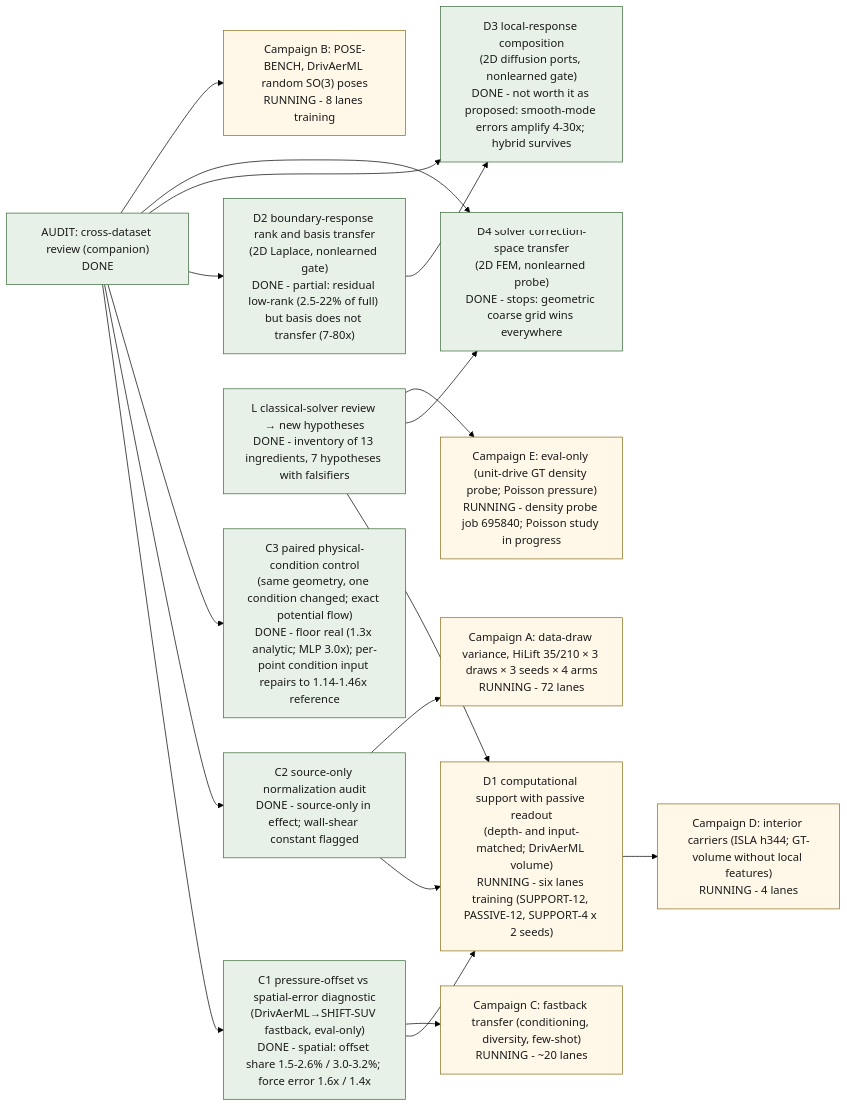
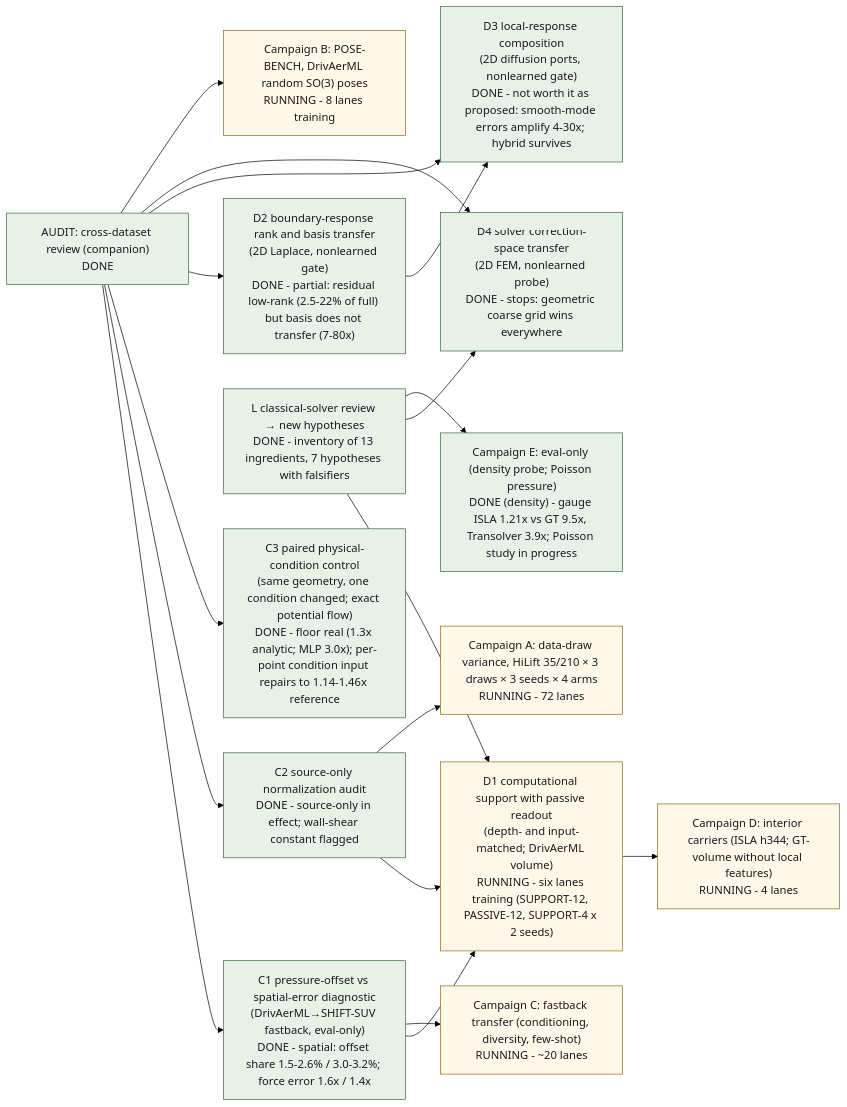
The diagram in examples/cfd/mesh_transformer/research/transfer_program/index.qmd (peterdsharpe/modulus), drawn with Mermaid (forest theme) before and after one commit. The commit also changed other lines of this file and 3 other files, not shown here.

Commit message:
Transfer program: chapter 7 (campaign results) with the density-robustness verdict; CAMP-E ledger DONE (density); ops entry on the timeout-does-not-kill finding and the idle-link watchdog

````diff
--- a/examples/cfd/mesh_transformer/research/transfer_program/index.qmd
+++ b/examples/cfd/mesh_transformer/research/transfer_program/index.qmd
@@ -36,37 +36,37 @@
 ```{mermaid}
 flowchart LR
   classDef done fill:#e8f1e8,stroke:#3a6b3a,color:#1a1a1a
   classDef running fill:#fff8e8,stroke:#8a6d1a,color:#1a1a1a
   classDef ready fill:#eef3fb,stroke:#2a5ba8,color:#1a1a1a
   classDef planned fill:#f2f1ec,stroke:#898781,color:#1a1a1a,stroke-dasharray:4 3
   AUDIT["AUDIT: cross-dataset review (companion)<br/>DONE"]:::done
   POFF["C1 pressure-offset vs spatial-error diagnostic<br/>(DrivAerML→SHIFT-SUV fastback, eval-only)<br/>DONE - spatial: offset share 1.5-2.6% / 3.0-3.2%; force error 1.6x / 1.4x"]:::done
   SNORM["C2 source-only normalization audit<br/>DONE - source-only in effect; wall-shear constant flagged"]:::done
   PAIR["C3 paired physical-condition control<br/>(same geometry, one condition changed; exact potential flow)<br/>DONE - floor real (1.3x analytic; MLP 3.0x); per-point condition input repairs to 1.14-1.46x reference"]:::done
   SUPP["D1 computational support with passive readout<br/>(depth- and input-matched; DrivAerML volume)<br/>RUNNING - six lanes training (SUPPORT-12, PASSIVE-12, SUPPORT-4 x 2 seeds)"]:::running
   RESP["D2 boundary-response rank and basis transfer<br/>(2D Laplace, nonlearned gate)<br/>DONE - partial: residual low-rank (2.5-22% of full) but basis does not transfer (7-80x)"]:::done
   COMP["D3 local-response composition<br/>(2D diffusion ports, nonlearned gate)<br/>DONE - not worth it as proposed: smooth-mode errors amplify 4-30x; hybrid survives"]:::done
   SOLV["D4 solver correction-space transfer<br/>(2D FEM, nonlearned probe)<br/>DONE - stops: geometric coarse grid wins everywhere"]:::done
   CLASS["L classical-solver review → new hypotheses<br/>DONE - inventory of 13 ingredients, 7 hypotheses with falsifiers"]:::done
   CAMPA["Campaign A: data-draw variance, HiLift 35/210 × 3 draws × 3 seeds × 4 arms<br/>RUNNING - 72 lanes"]:::running
   CAMPB["Campaign B: POSE-BENCH, DrivAerML random SO(3) poses<br/>RUNNING - 8 lanes training"]:::running
   CAMPC["Campaign C: fastback transfer (conditioning, diversity, few-shot)<br/>RUNNING - ~20 lanes"]:::running
   CAMPD["Campaign D: interior carriers (ISLA h344; GT-volume without local features)<br/>RUNNING - 4 lanes"]:::running
-  CAMPE["Campaign E: eval-only (unit-drive GT density probe; Poisson pressure)<br/>RUNNING - density probe job 695840; Poisson study in progress"]:::running
+  CAMPE["Campaign E: eval-only (density probe; Poisson pressure)<br/>DONE (density) - gauge ISLA 1.21x vs GT 9.5x, Transolver 3.9x; Poisson study in progress"]:::done
   AUDIT --> POFF
   AUDIT --> SNORM
   AUDIT --> PAIR
   POFF --> SUPP
   SNORM --> SUPP
   AUDIT --> RESP
   AUDIT --> COMP
   AUDIT --> SOLV
   RESP --> COMP
   CLASS --> SUPP
   CLASS --> SOLV
   POFF --> CAMPC
   SNORM --> CAMPA
   CLASS --> CAMPE
   SUPP --> CAMPD
   AUDIT --> CAMPB
 ```
````
